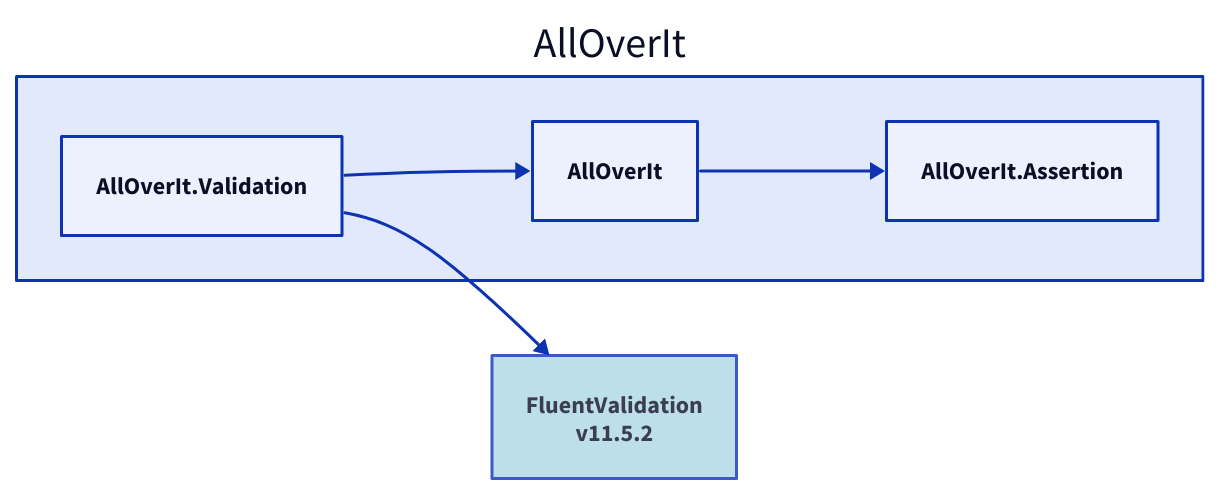
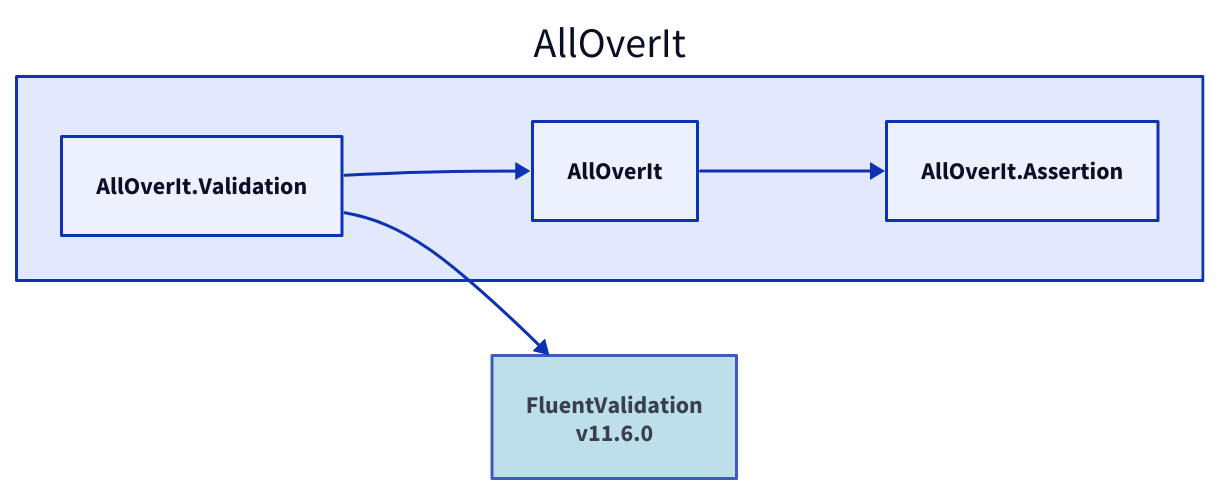
One commit to nickathone/AllOverIt changed the diagram in Docs/Dependencies/alloverit-validation.d2. Above: the diagram before and after it, drawn with D2. The commit also changed 10 other files, not shown here.

Commit message:
Dependency diagram update

```diff
--- a/Docs/Dependencies/alloverit-validation.d2
+++ b/Docs/Dependencies/alloverit-validation.d2
@@ -1,12 +1,12 @@
 direction: right
 
 aoi: AllOverIt
 aoi.alloverit-validation: AllOverIt.Validation
-fluentvalidation_11-5-2: FluentValidation\nv11.5.2
-fluentvalidation_11-5-2.style.fill: "#ADD8E6"
-fluentvalidation_11-5-2.style.opacity: 0.8
-fluentvalidation_11-5-2 <- aoi.alloverit-validation
+fluentvalidation_11-6-0: FluentValidation\nv11.6.0
+fluentvalidation_11-6-0.style.fill: "#ADD8E6"
+fluentvalidation_11-6-0.style.opacity: 0.8
+fluentvalidation_11-6-0 <- aoi.alloverit-validation
 aoi.alloverit: AllOverIt
 aoi.alloverit-assertion: AllOverIt.Assertion
 aoi.alloverit-assertion <- aoi.alloverit
 aoi.alloverit <- aoi.alloverit-validation
```
